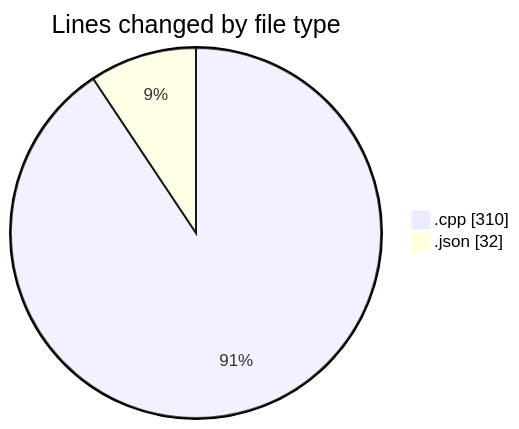
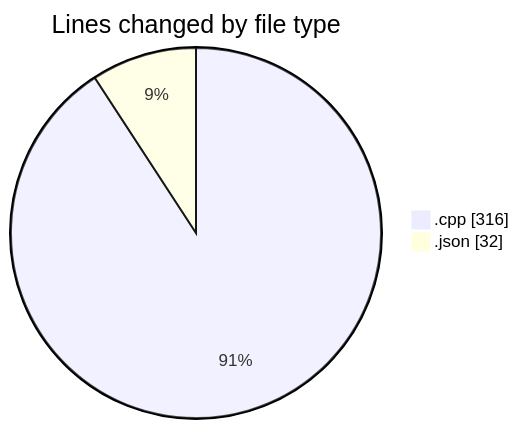
Before and after one commit to Netris89/code-tracking: the first of 2 diagrams in 2025-04-23/echo/README.md, drawn with Mermaid. The commit also changed other lines of this file and 1 other file, not shown here.

````diff
--- a/2025-04-23/echo/README.md
+++ b/2025-04-23/echo/README.md
@@ -21,6 +21,6 @@
 ```mermaid
 pie showData
 title Lines changed by file type
-".cpp" : 310
+".cpp" : 316
 ".json" : 32
 ```
````
